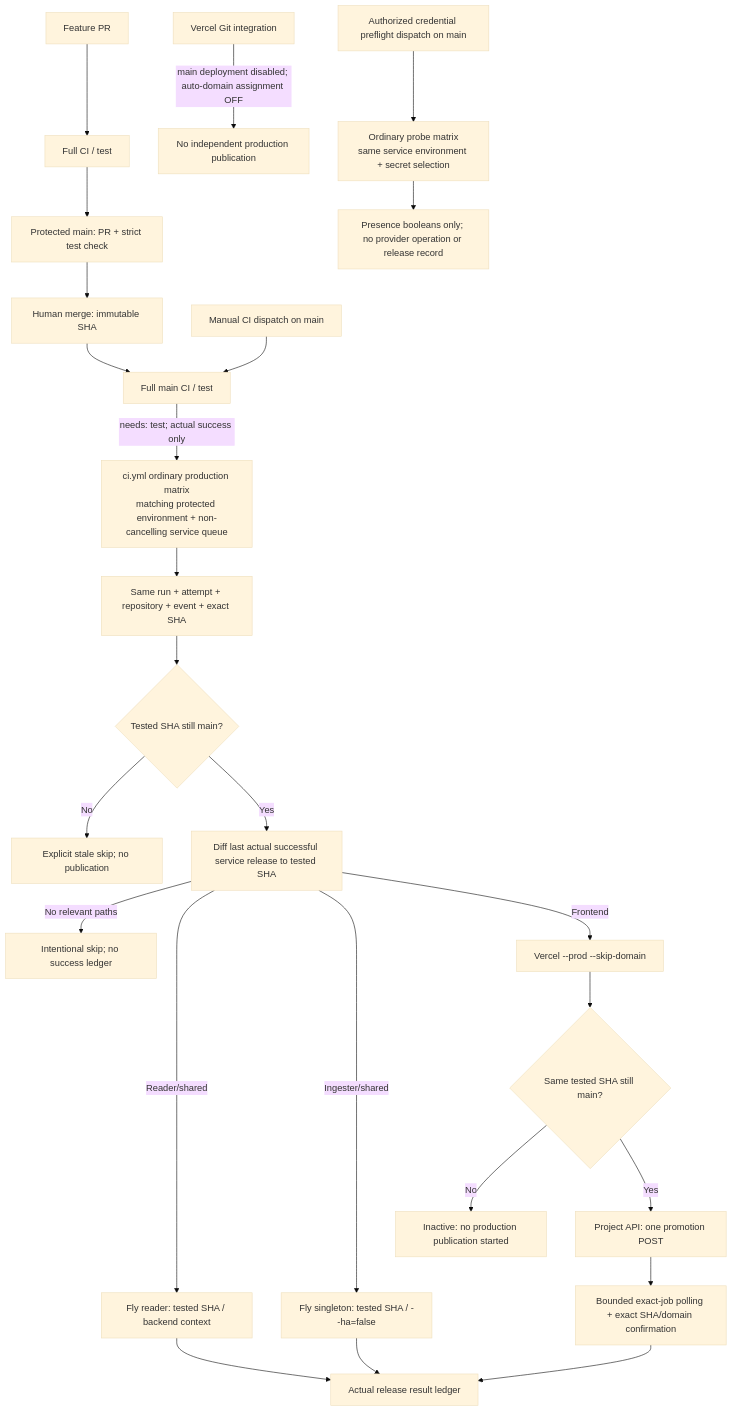
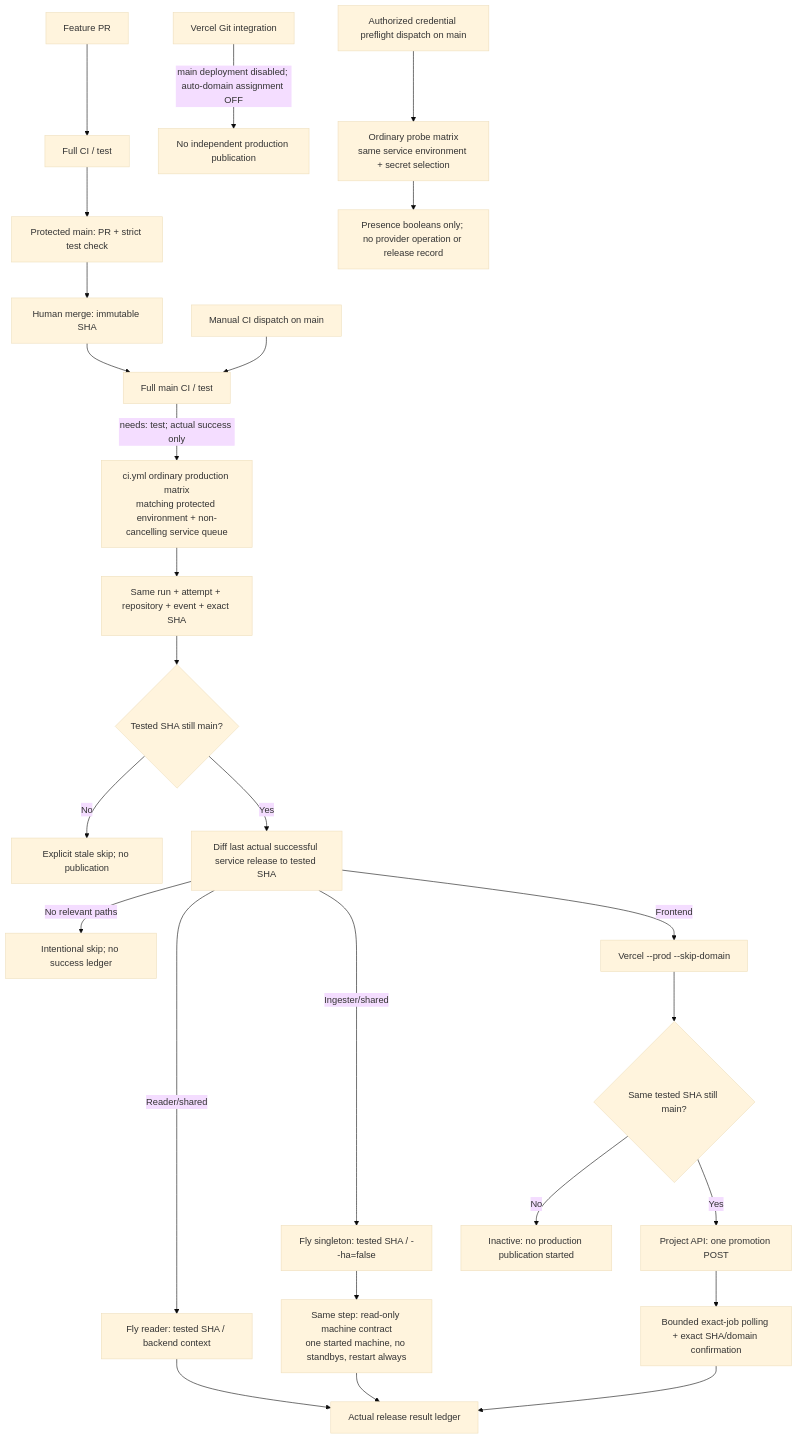
One commit to mcasillas17/ScoreArc changed the fourth of 4 diagrams in docs/backend/ARCHITECTURE.md. Above: the diagram before and after it, drawn with Mermaid (base theme). The commit also changed other lines of this file and 10 other files, not shown here.

First line of the commit message:
fix(ingester): apply Fly shutdown settings and verify machine contract after deploy (#172)

````diff
--- a/docs/backend/ARCHITECTURE.md
+++ b/docs/backend/ARCHITECTURE.md
@@ -637,28 +639,29 @@
 ```mermaid
 flowchart TD
   PR["Feature PR"] --> PRCI["Full CI / test"]
   PRCI --> Protection["Protected main: PR + strict test check"]
   Protection --> Merge["Human merge: immutable SHA"]
   Manual["Manual CI dispatch on main"] --> MainCI
   Merge --> MainCI["Full main CI / test"]
   MainCI -->|"needs: test; actual success only"| Queue
   Eligibility["Same run + attempt + repository + event + exact SHA"]
   Queue["ci.yml ordinary production matrix<br/>matching protected environment + non-cancelling service queue"] --> Eligibility
   Eligibility --> Head{"Tested SHA still main?"}
   Head -->|"No"| Skip["Explicit stale skip; no publication"]
   Head -->|"Yes"| Paths["Diff last actual successful service release to tested SHA"]
   Paths -->|"No relevant paths"| Unchanged["Intentional skip; no success ledger"]
   Paths -->|"Reader/shared"| ReaderRelease["Fly reader: tested SHA / backend context"]
   Paths -->|"Ingester/shared"| IngesterRelease["Fly singleton: tested SHA / --ha=false"]
   Paths -->|"Frontend"| Stage["Vercel --prod --skip-domain"]
   Stage --> Recheck{"Same tested SHA still main?"}
   Recheck -->|"No"| Inert["Inactive: no production publication started"]
   Recheck -->|"Yes"| Promote["Project API: one promotion POST"]
   Promote --> Poll["Bounded exact-job polling + exact SHA/domain confirmation"]
   ReaderRelease --> Ledger["Actual release result ledger"]
-  IngesterRelease --> Ledger
+  IngesterRelease --> MachineCheck["Same step: read-only machine contract<br/>one started machine, no standbys, restart always"]
+  MachineCheck --> Ledger
   Poll --> Ledger
   Git["Vercel Git integration"] -->|"main deployment disabled; auto-domain assignment OFF"| NoBypass["No independent production publication"]
   Diagnostic["Authorized credential preflight dispatch on main"] --> DirectProbe["Ordinary probe matrix<br/>same service environment + secret selection"]
   DirectProbe --> Presence["Presence booleans only; no provider operation or release record"]
 ```
````
